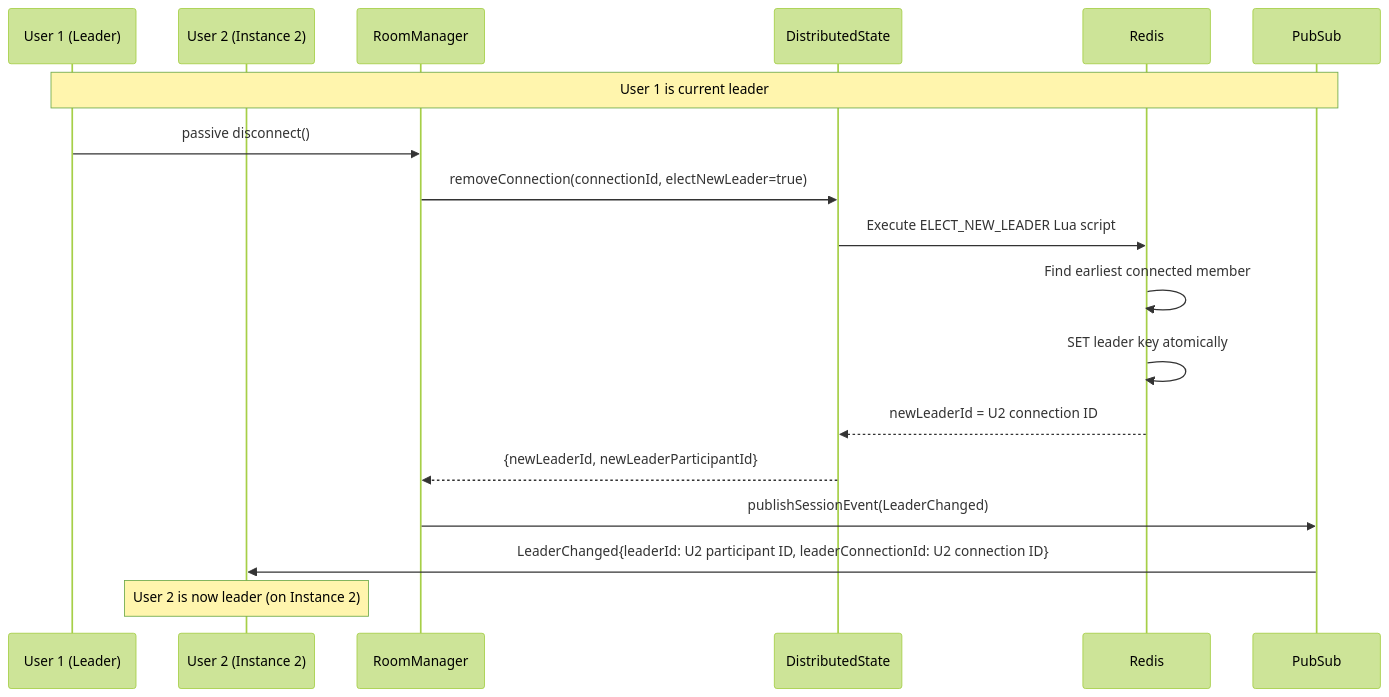
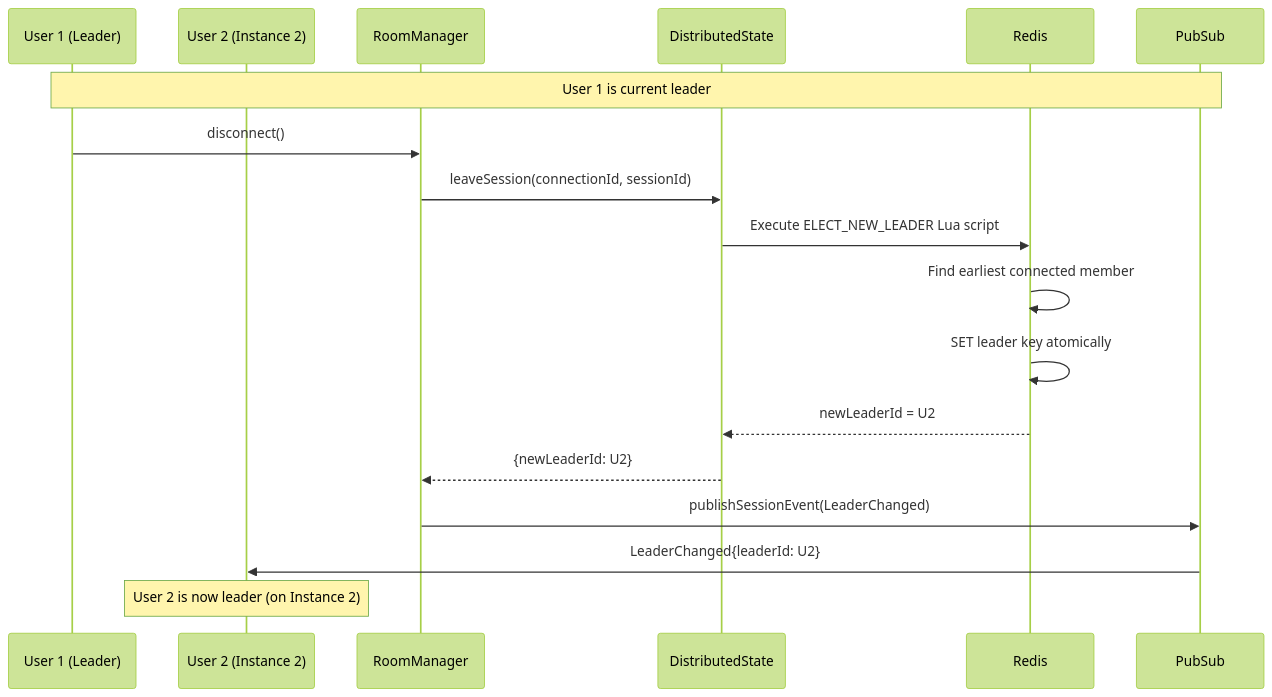
One commit to LucVermeer/board-analysis changed the second of 14 diagrams in docs/websocket-implementation.md. Above: the diagram before and after it, drawn with Mermaid (forest theme). The commit also changed other lines of this file and 48 other files, not shown here.

````diff
--- a/docs/websocket-implementation.md
+++ b/docs/websocket-implementation.md
@@ -482,23 +473,23 @@
 ```mermaid
 sequenceDiagram
     participant U1 as User 1 (Leader)
     participant U2 as User 2 (Instance 2)
     participant RM as RoomManager
     participant DS as DistributedState
     participant R as Redis
     participant PS as PubSub
 
     Note over U1,PS: User 1 is current leader
 
-    U1->>RM: passive disconnect()
-    RM->>DS: removeConnection(connectionId, electNewLeader=true)
+    U1->>RM: disconnect()
+    RM->>DS: leaveSession(connectionId, sessionId)
     DS->>R: Execute ELECT_NEW_LEADER Lua script
     R->>R: Find earliest connected member
     R->>R: SET leader key atomically
-    R-->>DS: newLeaderId = U2 connection ID
-    DS-->>RM: {newLeaderId, newLeaderParticipantId}
+    R-->>DS: newLeaderId = U2
+    DS-->>RM: {newLeaderId: U2}
     RM->>PS: publishSessionEvent(LeaderChanged)
-    PS->>U2: LeaderChanged{leaderId: U2 participant ID, leaderConnectionId: U2 connection ID}
+    PS->>U2: LeaderChanged{leaderId: U2}
 
     Note over U2: User 2 is now leader (on Instance 2)
 ```
````
